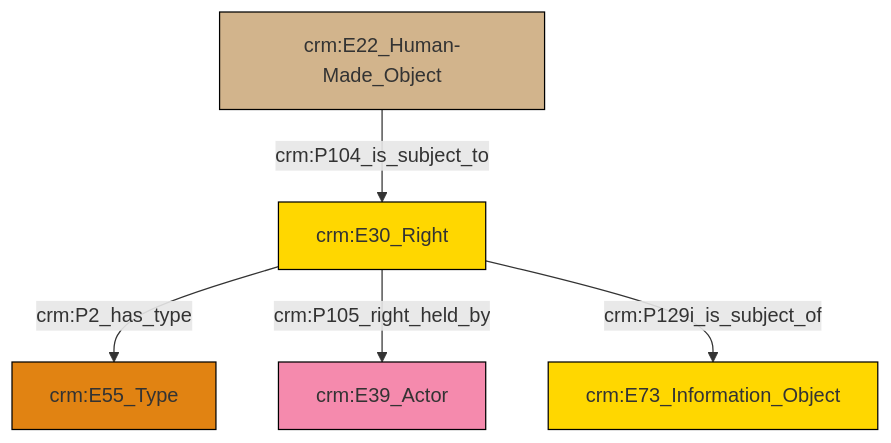
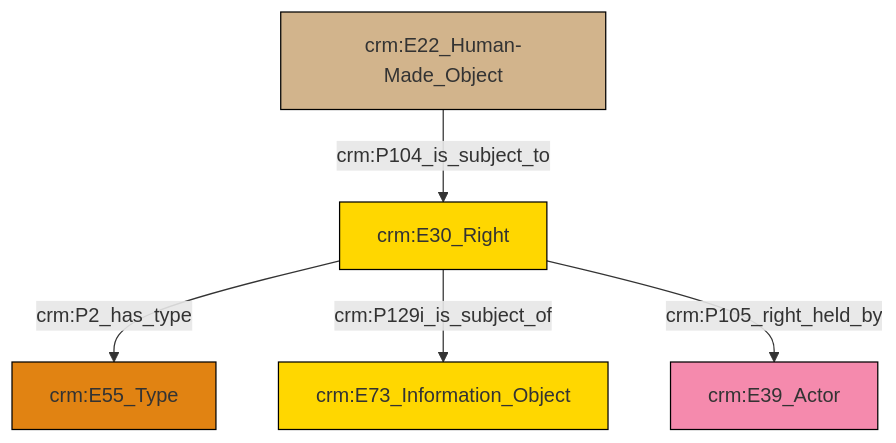
Before and after one commit to swiss-art-research-net/docs.swissartresearch: the diagram in et/carrierCSV/ttl/mmd/carrier_rights.ttl.mmd, drawn with Mermaid. The commit also changed 172 other files, not shown here.

```diff
--- a/et/carrierCSV/ttl/mmd/carrier_rights.ttl.mmd
+++ b/et/carrierCSV/ttl/mmd/carrier_rights.ttl.mmd
@@ -1,19 +1,19 @@
 graph TD
 classDef Literal fill:#f2f2f2,stroke:#000000;
 classDef CRM_Entity fill:#FFFFFF,stroke:#000000;
 classDef Temporal_Entity fill:#00C9E6, stroke:#000000;
 classDef Type fill:#E18312, stroke:#000000;
 classDef Time-Span fill:#2C9C91, stroke:#000000;
 classDef Appellation fill:#FFEB7F, stroke:#000000;
 classDef Place fill:#008836, stroke:#000000;
 classDef Persistent_Item fill:#B266B2, stroke:#000000;
 classDef Conceptual_Object fill:#FFD700, stroke:#000000;
 classDef Physical_Thing fill:#D2B48C, stroke:#000000;
 classDef Actor fill:#f58aad, stroke:#000000;
 classDef PC_Classes fill:#4ce600, stroke:#000000;
 classDef Multi fill:#cccccc,stroke:#000000;
 
-0["crm:E30_Right"]:::Conceptual_Object -->|crm:P2_has_type| 1["crm:E55_Type"]:::Type
-0["crm:E30_Right"]:::Conceptual_Object -->|crm:P105_right_held_by| 2["crm:E39_Actor"]:::Actor
-0["crm:E30_Right"]:::Conceptual_Object -->|crm:P129i_is_subject_of| 8["crm:E73_Information_Object"]:::Conceptual_Object
-4["crm:E22_Human-Made_Object"]:::Physical_Thing -->|crm:P104_is_subject_to| 0["crm:E30_Right"]:::Conceptual_Object
+0["crm:E22_Human-Made_Object"]:::Physical_Thing -->|crm:P104_is_subject_to| 1["crm:E30_Right"]:::Conceptual_Object
+1["crm:E30_Right"]:::Conceptual_Object -->|crm:P2_has_type| 4["crm:E55_Type"]:::Type
+1["crm:E30_Right"]:::Conceptual_Object -->|crm:P129i_is_subject_of| 5["crm:E73_Information_Object"]:::Conceptual_Object
+1["crm:E30_Right"]:::Conceptual_Object -->|crm:P105_right_held_by| 7["crm:E39_Actor"]:::Actor
```
